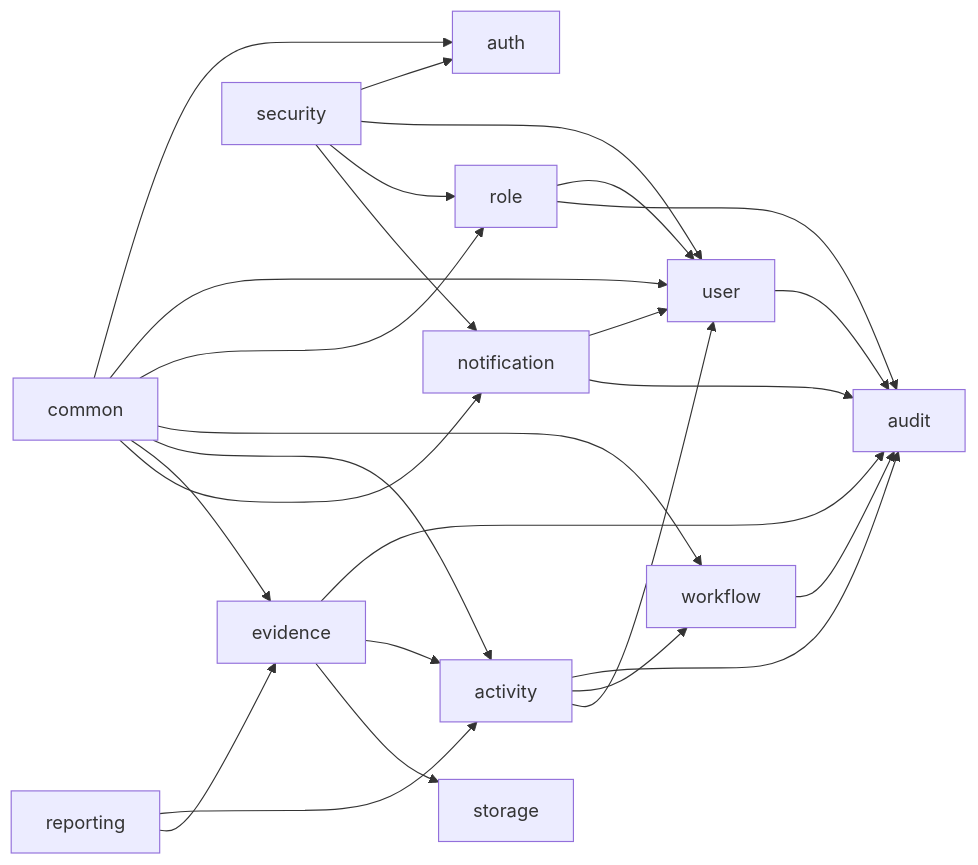
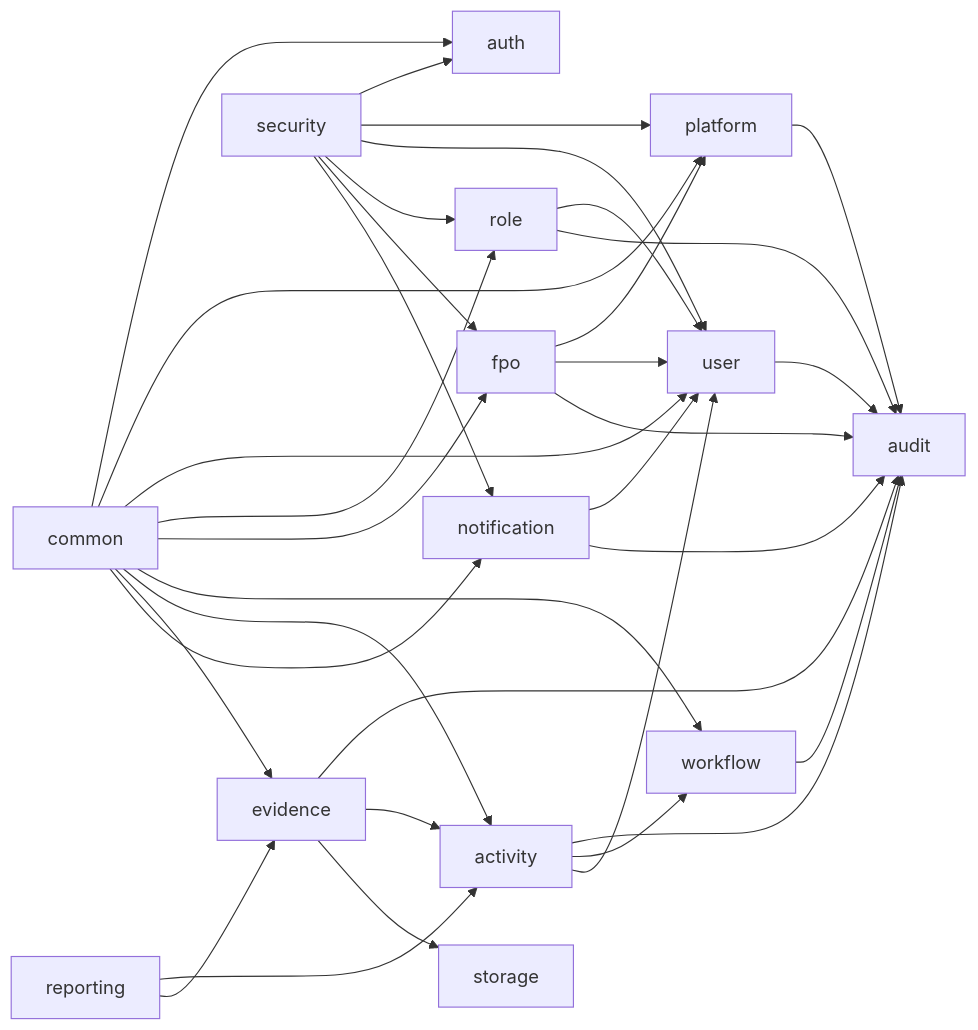
The third of 11 diagrams in docs/architecture.md (korearun5/activity-compliance), drawn with Mermaid before and after one commit. The commit also changed other lines of this file and 165 other files, not shown here.

````diff
--- a/docs/architecture.md
+++ b/docs/architecture.md
@@ -102,28 +114,36 @@
 ```mermaid
 flowchart LR
     Common["common"] --> Auth["auth"]
+    Common --> Platform["platform"]
     Common --> User["user"]
     Common --> RoleMgmt["role"]
+    Common --> FPO["fpo"]
     Common --> Workflow["workflow"]
     Common --> Activity["activity"]
     Common --> Evidence["evidence"]
     Common --> Notification["notification"]
     Security["security"] --> Auth
+    Security --> Platform
     Security --> User
     Security --> RoleMgmt
+    Security --> FPO
     Security --> Notification
+    Platform --> Audit["audit"]
     User --> Audit["audit"]
     RoleMgmt --> User
     RoleMgmt --> Audit
+    FPO --> Platform
+    FPO --> User
+    FPO --> Audit
     Workflow --> Audit
     Activity --> Audit
     Evidence --> Audit
     Activity --> Workflow
     Activity --> User
     Evidence --> Activity
     Evidence --> Storage["storage"]
     Reporting["reporting"] --> Activity
     Reporting --> Evidence
     Notification --> User
     Notification --> Audit
 ```
````
